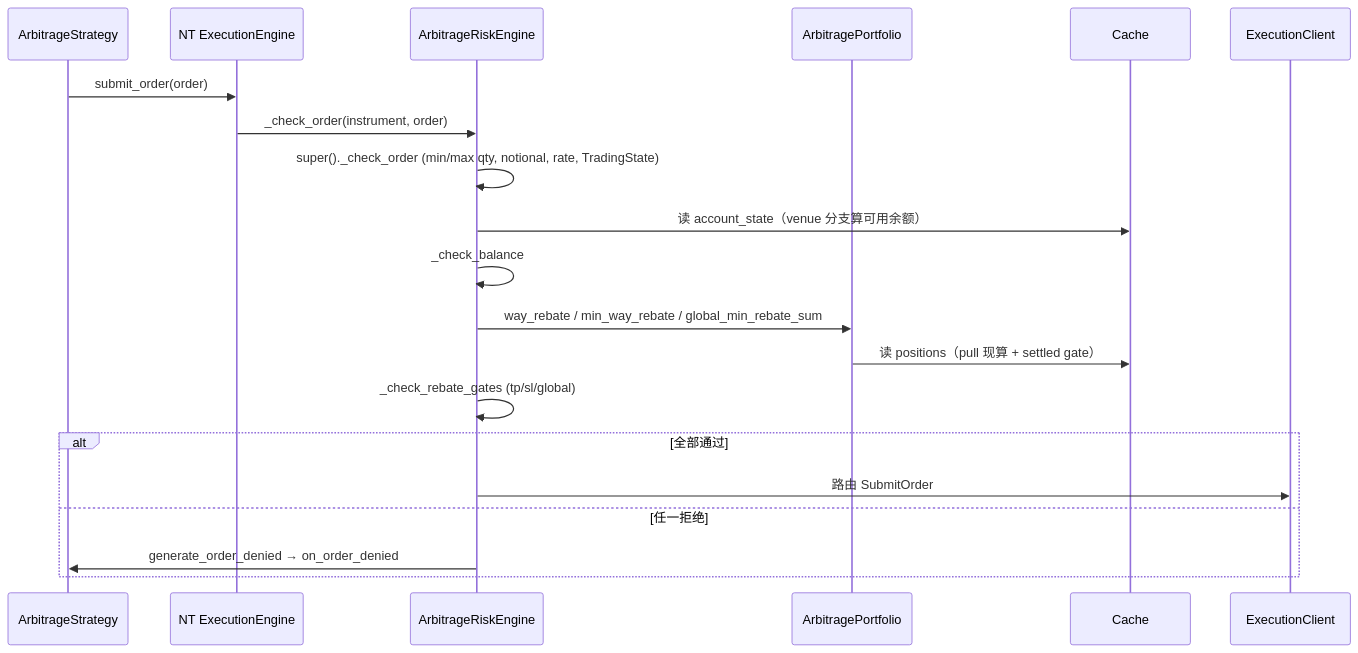
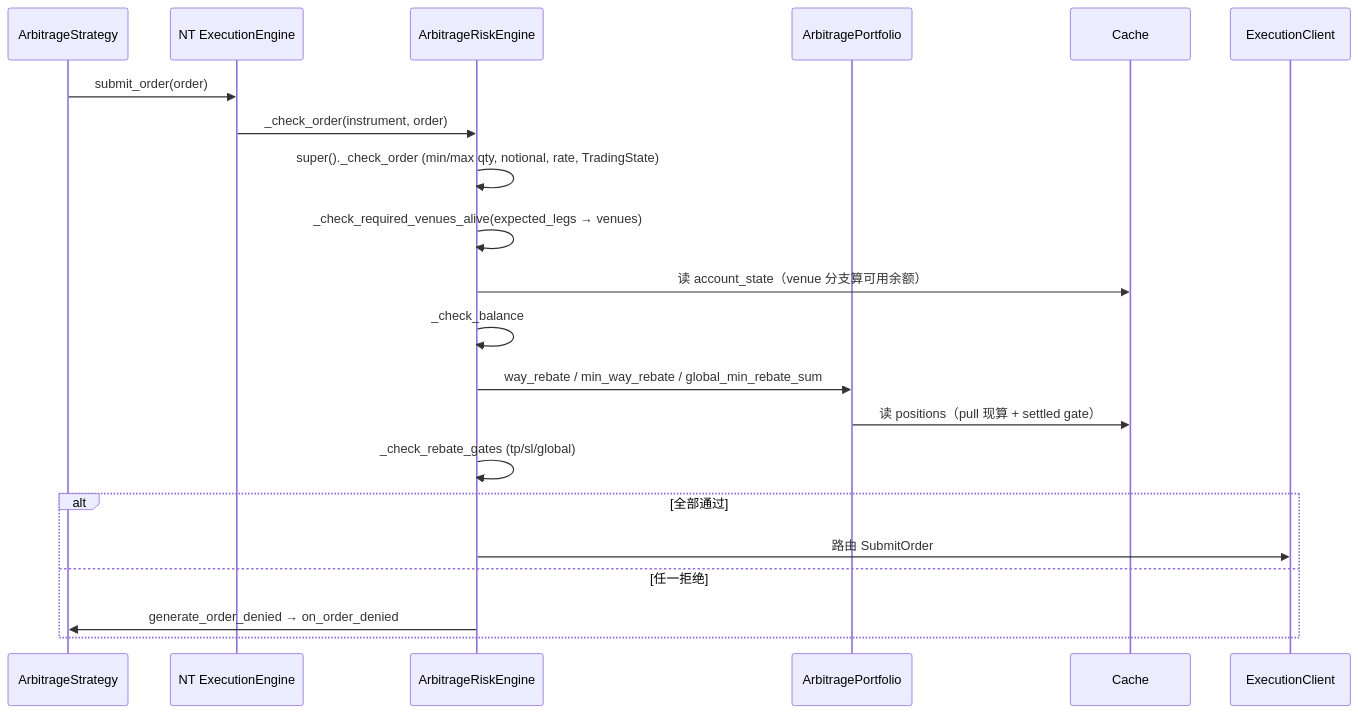
The third of 3 diagrams in docs/arbitrage/architectures/risk/architecture.md (psnewer/nautilus_trader), drawn with Mermaid before and after one commit. The commit also changed other lines of this file and 20 other files, not shown here.

````diff
--- a/docs/arbitrage/architectures/risk/architecture.md
+++ b/docs/arbitrage/architectures/risk/architecture.md
@@ -255,23 +267,24 @@
 ```mermaid
 sequenceDiagram
   participant ST as ArbitrageStrategy
   participant EE as NT ExecutionEngine
   participant RE as ArbitrageRiskEngine
   participant AP as ArbitragePortfolio
   participant C as Cache
   participant EC as ExecutionClient
 
   ST->>EE: submit_order(order)
   EE->>RE: _check_order(instrument, order)
   RE->>RE: super()._check_order  (min/max qty, notional, rate, TradingState)
+  RE->>RE: _check_required_venues_alive(expected_legs → venues)
   RE->>C: 读 account_state（venue 分支算可用余额）
   RE->>RE: _check_balance
   RE->>AP: way_rebate / min_way_rebate / global_min_rebate_sum
   AP->>C: 读 positions（pull 现算 + settled gate）
   RE->>RE: _check_rebate_gates (tp/sl/global)
   alt 全部通过
     RE->>EC: 路由 SubmitOrder
   else 任一拒绝
     RE->>ST: generate_order_denied → on_order_denied
   end
 ```
````
